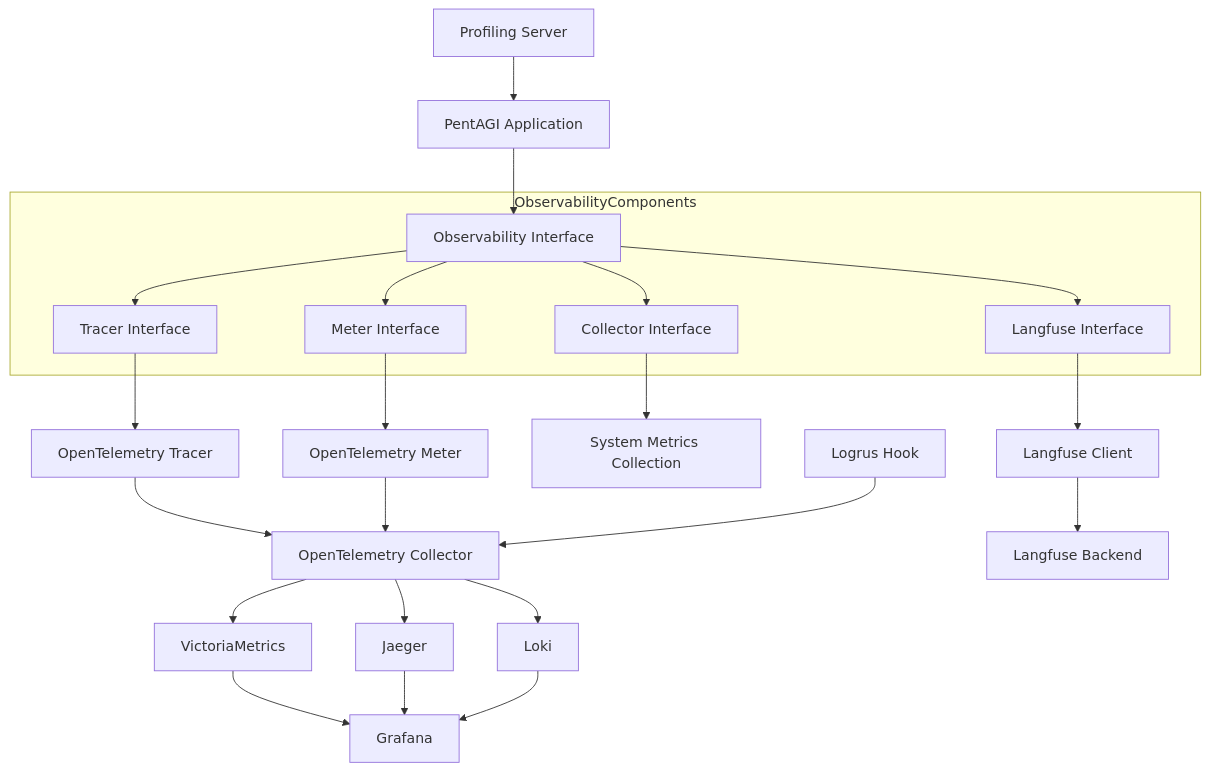
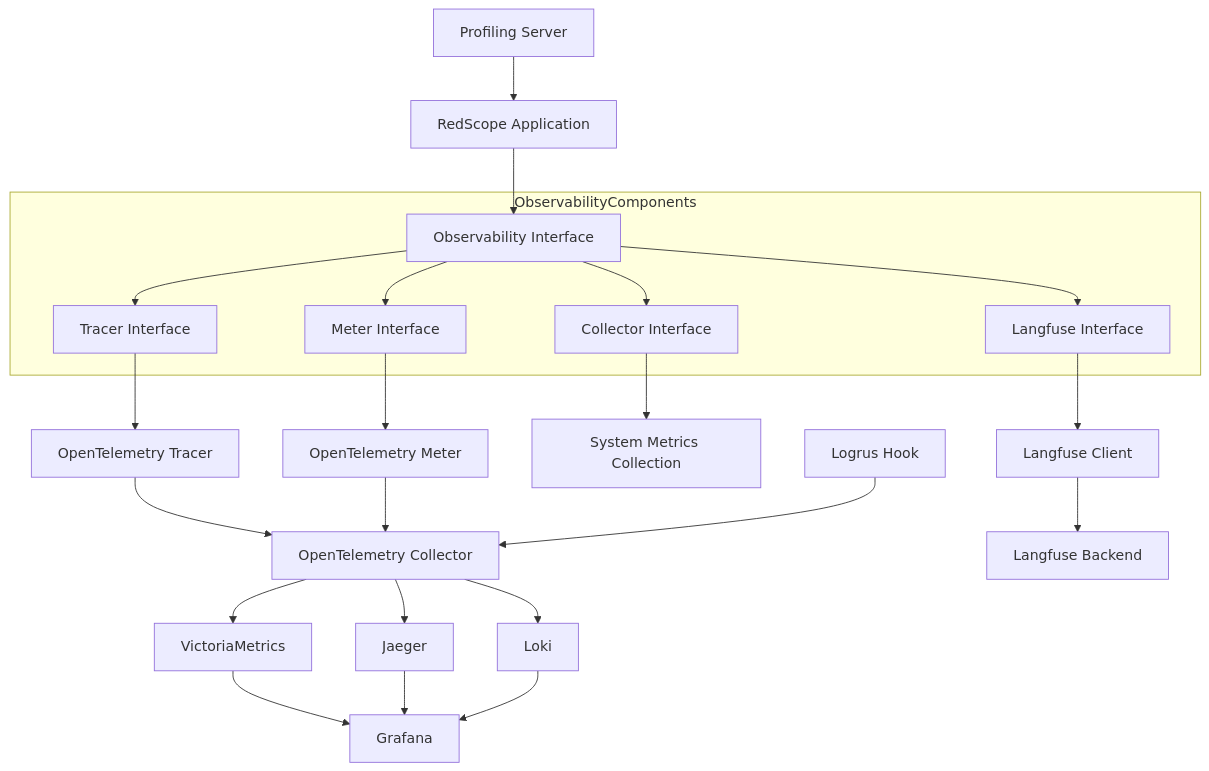
One commit to Adelya30stm/WorldState_Agent_Intelligence_Platform changed the first of 2 diagrams in backend/docs/observability.md. Above: the diagram before and after it, drawn with Mermaid. The commit also changed other lines of this file and 129 other files, not shown here.

First line of the commit message:
feat: rebrand to RedScope, add attack paths, findings, infrastructure

````diff
--- a/backend/docs/observability.md
+++ b/backend/docs/observability.md
@@ -65,32 +65,32 @@
 ```mermaid
 flowchart TD
-    App[PentAGI Application] --> Observer[Observability Interface]
+    App[RedScope Application] --> Observer[Observability Interface]
 
     subgraph ObservabilityComponents
         Observer --> Tracer[Tracer Interface]
         Observer --> Meter[Meter Interface]
         Observer --> Collector[Collector Interface]
         Observer --> LangfuseInt[Langfuse Interface]
     end
 
     Tracer --> OtelTracer[OpenTelemetry Tracer]
     Meter --> OtelMeter[OpenTelemetry Meter]
     Collector --> Metrics[System Metrics Collection]
     LangfuseInt --> LangfuseClient[Langfuse Client]
 
     OtelTracer --> OtelCollector[OpenTelemetry Collector]
     OtelMeter --> OtelCollector
     LogrusHook[Logrus Hook] --> OtelCollector
 
     OtelCollector --> VictoriaMetrics[VictoriaMetrics]
     OtelCollector --> Jaeger[Jaeger]
     OtelCollector --> Loki[Loki]
 
     Profiling[Profiling Server] --> App
 
     LangfuseClient --> LangfuseBackend[Langfuse Backend]
 
     VictoriaMetrics --> Grafana[Grafana]
     Jaeger --> Grafana
     Loki --> Grafana
 ```
````
